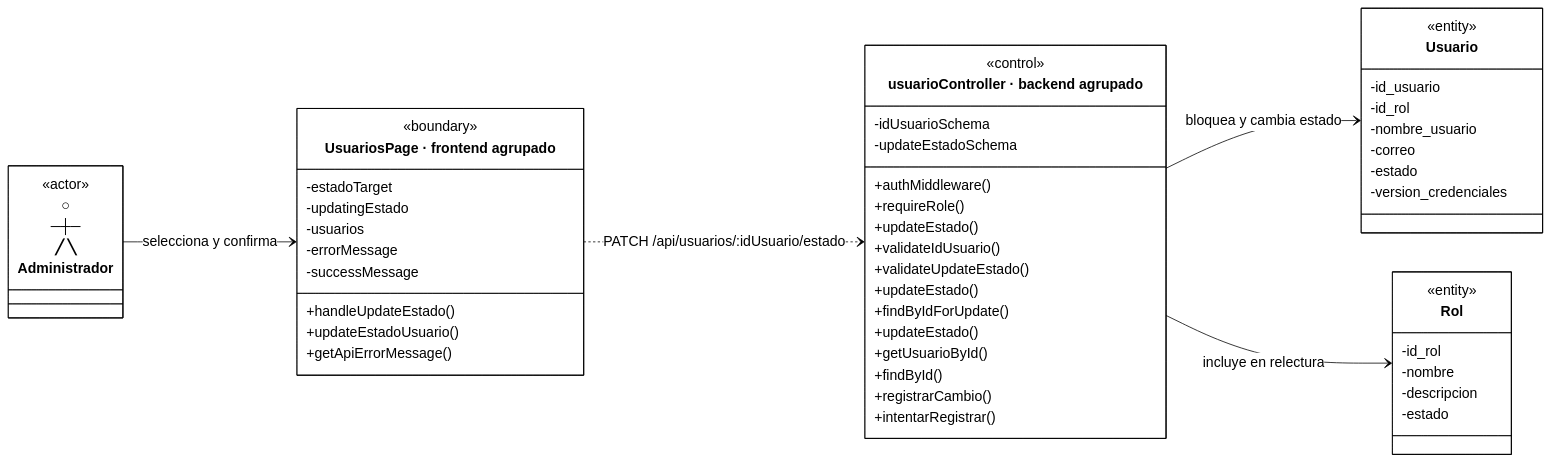
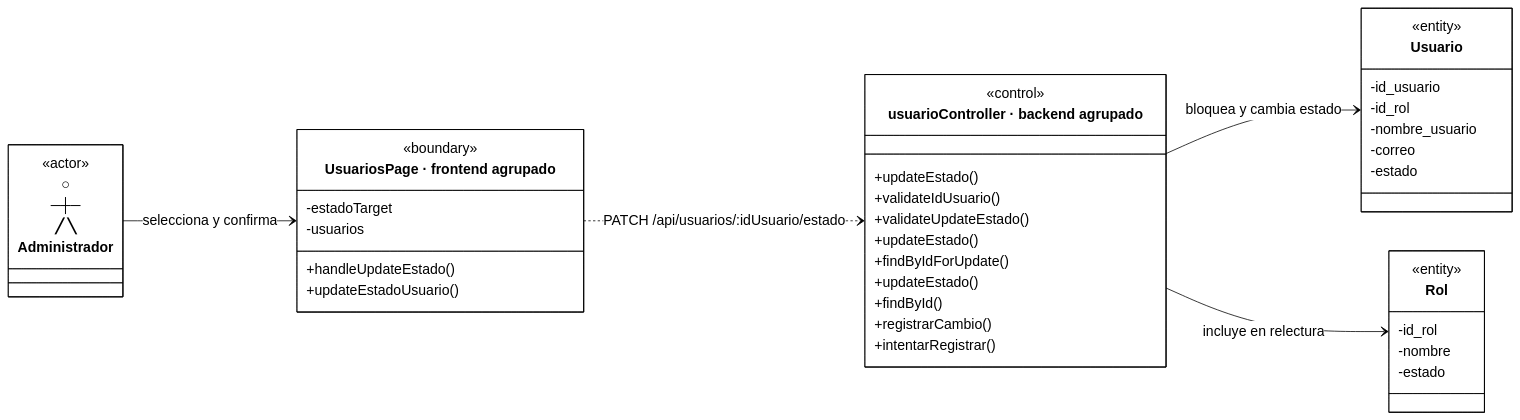
One commit to CreepyBowDev/cadefar-inventory-system changed the seventh of 35 diagrams in docs/ai/analisis-clases-academico-simplificado.md. Above: the diagram before and after it, drawn with Mermaid. The commit also changed other lines of this file, not shown here.

````diff
--- a/docs/ai/analisis-clases-academico-simplificado.md
+++ b/docs/ai/analisis-clases-academico-simplificado.md
@@ -552,63 +502,52 @@
 ```mermaid
-%%{init: {"theme":"base","htmlLabels":true,"markdownAutoWrap":false,"class":{"useMaxWidth":false},"themeCSS":".node.actor .label-container path{stroke:none!important;fill:none!important;} .node.actor .divider{display:none;} .nodeLabel{color:#000000!important;} .node .label div{display:table-cell!important;white-space:nowrap!important;max-width:none!important;} .control .methods-group .label:nth-child(3) p::after{content:\" [controller]\";} .control .methods-group .label:nth-child(6) p::after{content:\" [service]\";} .control .methods-group .label:nth-child(11) p::after{content:\" [auditoria]\";} .control .methods-group .label:nth-child(12) p::after{content:\" [auditoria]\";}","themeVariables":{"background":"#ffffff","primaryColor":"#ffffff","primaryTextColor":"#000000","primaryBorderColor":"#000000","secondaryColor":"#ffffff","tertiaryColor":"#ffffff","lineColor":"#000000","textColor":"#000000","fontFamily":"Arial","fontSize":"18px"}}}%%
+%%{init: {"theme":"base","htmlLabels":true,"markdownAutoWrap":false,"class":{"useMaxWidth":false},"themeCSS":".node.actor .label-container path{stroke:none!important;fill:none!important;} .node.actor .divider{display:none;} .nodeLabel{color:#000000!important;} .node .label div{display:table-cell!important;white-space:nowrap!important;max-width:none!important;} .control .methods-group .label:nth-child(1) p::after{content:\" [controller]\";}.control .methods-group .label:nth-child(4) p::after{content:\" [service]\";}.control .methods-group .label:nth-child(8) p::after{content:\" [auditoria]\";}.control .methods-group .label:nth-child(9) p::after{content:\" [auditoria]\";}","themeVariables":{"background":"#ffffff","primaryColor":"#ffffff","primaryTextColor":"#000000","primaryBorderColor":"#000000","secondaryColor":"#ffffff","tertiaryColor":"#ffffff","lineColor":"#000000","textColor":"#000000","fontFamily":"Arial","fontSize":"18px"}}}%%
 %%{init: {"state":{"useMaxWidth":false}}}%%
 classDiagram
     direction LR
     class Administrador["○<br/>─┼─<br/>╱ ╲<br/>Administrador"]
     class Administrador { <<actor>> }
     class Boundary["UsuariosPage · frontend agrupado"] {
         <<boundary>>
         -estadoTarget
-        -updatingEstado
         -usuarios
-        -errorMessage
-        -successMessage
         +handleUpdateEstado()
         +updateEstadoUsuario()
-        +getApiErrorMessage()
     }
     class Control["usuarioController · backend agrupado"] {
         <<control>>
-        -idUsuarioSchema
-        -updateEstadoSchema
-        +authMiddleware()
-        +requireRole()
         %% updateEstado() [controller]
         +updateEstado()
         +validateIdUsuario()
         +validateUpdateEstado()
         %% updateEstado() [service]
         +updateEstado()
         +findByIdForUpdate()
         +updateEstado()
-        +getUsuarioById()
         +findById()
         %% registrarCambio() [auditoria]
         +registrarCambio()
         %% intentarRegistrar() [auditoria]
         +intentarRegistrar()
     }
     class Usuario {
         <<entity>>
         -id_usuario
         -id_rol
         -nombre_usuario
         -correo
         -estado
-        -version_credenciales
     }
     class Rol {
         <<entity>>
         -id_rol
         -nombre
-        -descripcion
         -estado
     }
     Administrador --> Boundary : selecciona y confirma
     Boundary ..> Control : PATCH /api/usuarios/#58;idUsuario/estado
     Control --> Usuario : bloquea y cambia estado
     Control --> Rol : incluye en relectura
     cssClass "Control" control
     classDef actor fill:#ffffff,stroke-width:0px,color:#000000
     cssClass "Administrador" actor
 ```
````
